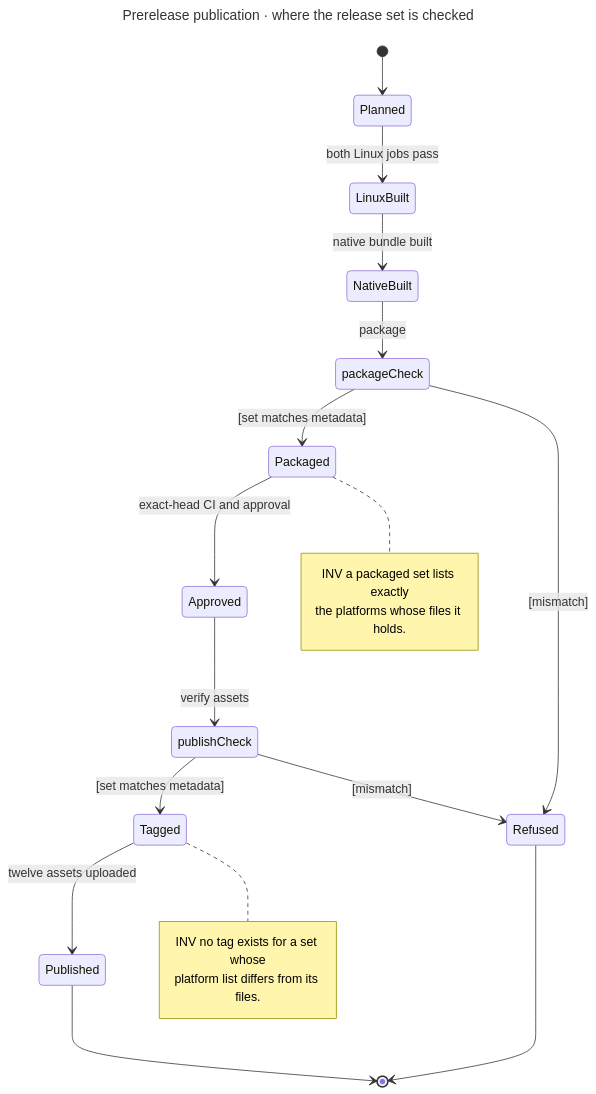
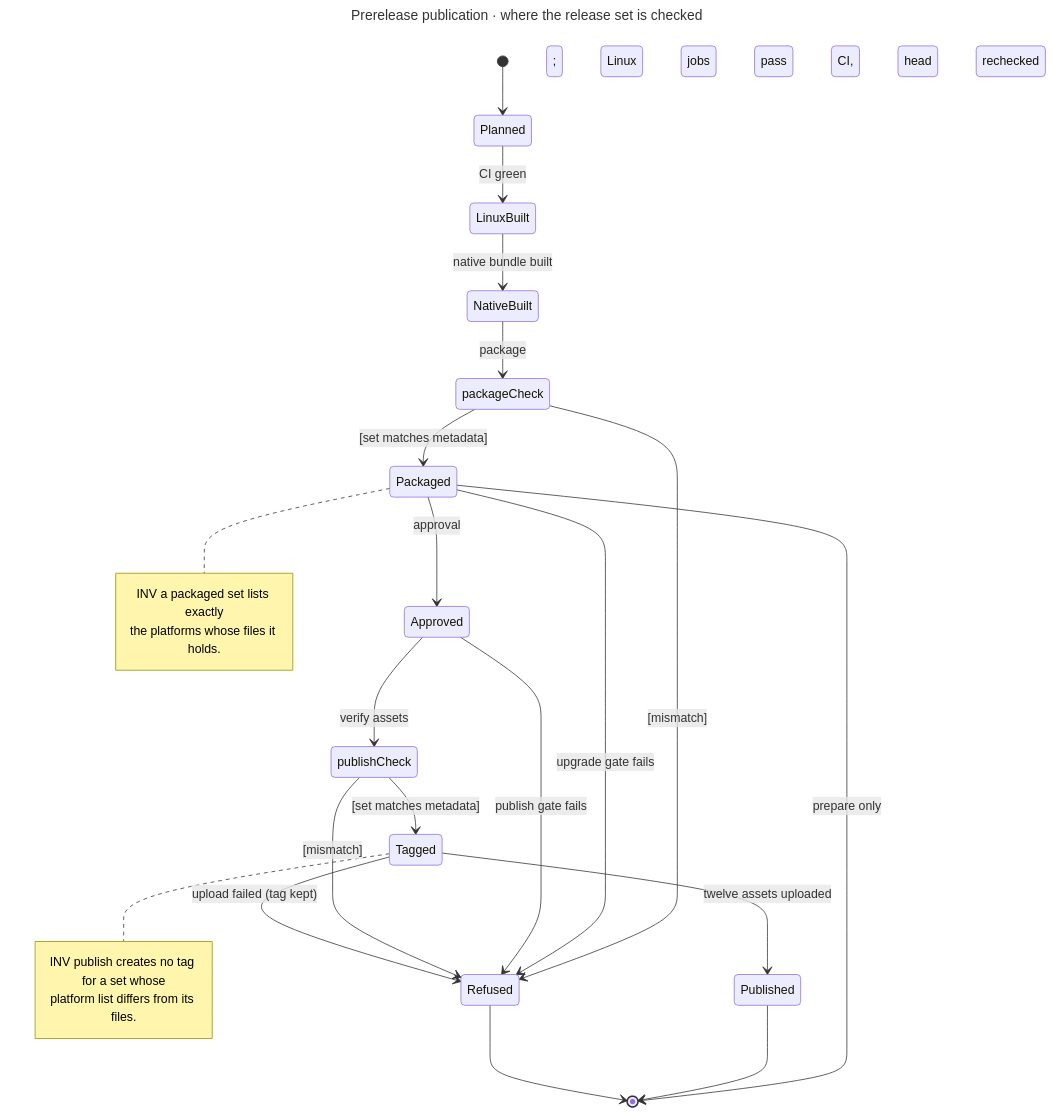
Before and after one commit to hack-dance/hack: the diagram in docs/guides/prerelease-publication.mmd, drawn with Mermaid. The commit also changed 2 other files, not shown here.

Commit message:
docs(prerelease): show the other exits of the publication chart and say what publish guarantees
The chart now shows that CI is checked at plan time and rechecked after
approval, that the upgrade and publish gates can refuse, that a prepare-only
run stops once the set is packaged, and that a failed upload keeps its tag.
The second invariant says what the code guarantees: publish creates no tag
for a set whose platform list differs from its files.

```diff
--- a/docs/guides/prerelease-publication.mmd
+++ b/docs/guides/prerelease-publication.mmd
@@ -1,33 +1,37 @@
 ---
 title: Prerelease publication · where the release set is checked
 ---
 stateDiagram-v2
   direction TB
   [*] --> Planned
-  Planned --> LinuxBuilt : both Linux jobs pass
+  Planned --> LinuxBuilt : CI green; Linux jobs pass
   LinuxBuilt --> NativeBuilt : native bundle built
   NativeBuilt --> packageCheck : package
   state packageCheck <<choice>>
   packageCheck --> Packaged : [set matches metadata]
   packageCheck --> Refused : [mismatch]
-  Packaged --> Approved : exact-head CI and approval
+  Packaged --> Approved : approval; CI, head rechecked
+  Packaged --> Refused : upgrade gate fails
+  Packaged --> [*] : prepare only
+  Approved --> Refused : publish gate fails
   Approved --> publishCheck : verify assets
   state publishCheck <<choice>>
   publishCheck --> Tagged : [set matches metadata]
   publishCheck --> Refused : [mismatch]
   Tagged --> Published : twelve assets uploaded
+  Tagged --> Refused : upload failed (tag kept)
   Published --> [*]
   Refused --> [*]
   note right of Packaged
     INV a packaged set lists exactly
     the platforms whose files it holds.
   end note
   note right of Tagged
-    INV no tag exists for a set whose
+    INV publish creates no tag for a set whose
     platform list differs from its files.
   end note
   class Planned idle
   class LinuxBuilt,NativeBuilt,Packaged live
   class Approved wait
   class Tagged,Published ok
   class Refused fail
```
